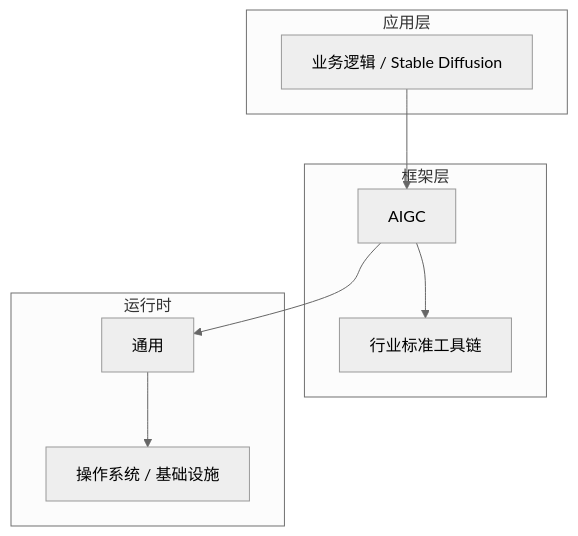
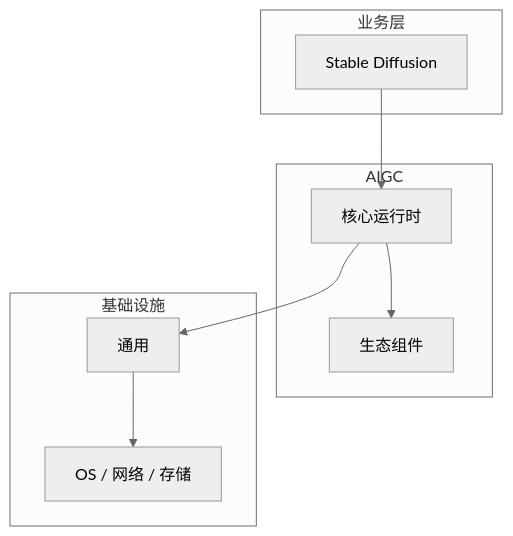
The diagram in articles/AIGC/chapters/029-Stable-Diffusion核心概念与原理.md (yanggan2015/knowledge-json-v2), drawn with Mermaid (neutral theme) before and after one commit. The commit also changed other lines of this file and 10127 other files, not shown here.

````diff
--- a/articles/AIGC/chapters/029-Stable-Diffusion核心概念与原理.md
+++ b/articles/AIGC/chapters/029-Stable-Diffusion核心概念与原理.md
@@ -45,18 +30,18 @@
 ```mermaid
 graph TB
-    subgraph 应用层
-        A[业务逻辑 / Stable Diffusion]
+    subgraph 业务层
+        A[Stable Diffusion]
     end
-    subgraph 框架层
-        B[AIGC]
-        C[行业标准工具链]
+    subgraph AIGC
+        B[核心运行时]
+        C[生态组件]
     end
-    subgraph 运行时
+    subgraph 基础设施
         D[通用]
-        E[操作系统 / 基础设施]
+        E[OS / 网络 / 存储]
     end
     A --> B
     B --> C
     B --> D
     D --> E
 ```
````
